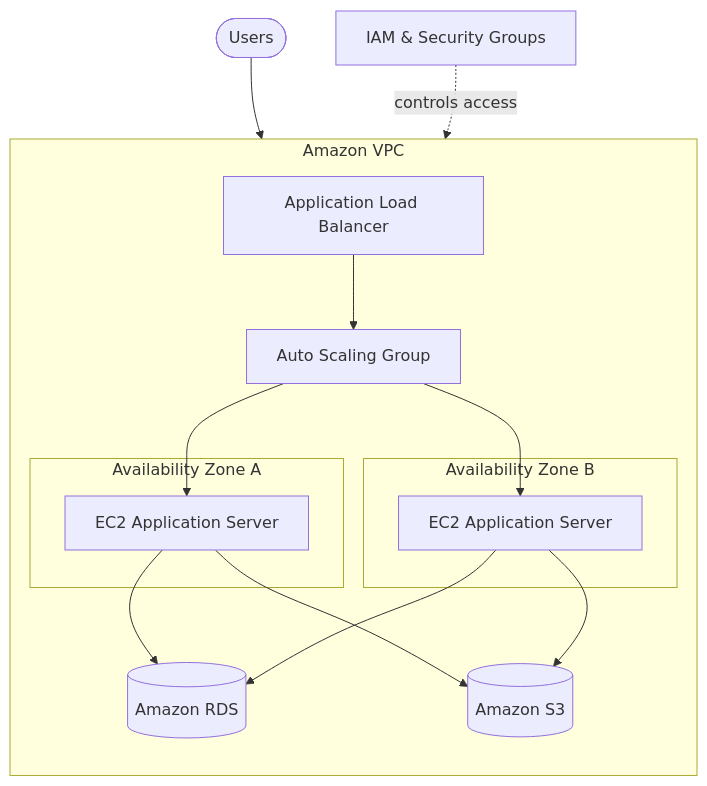
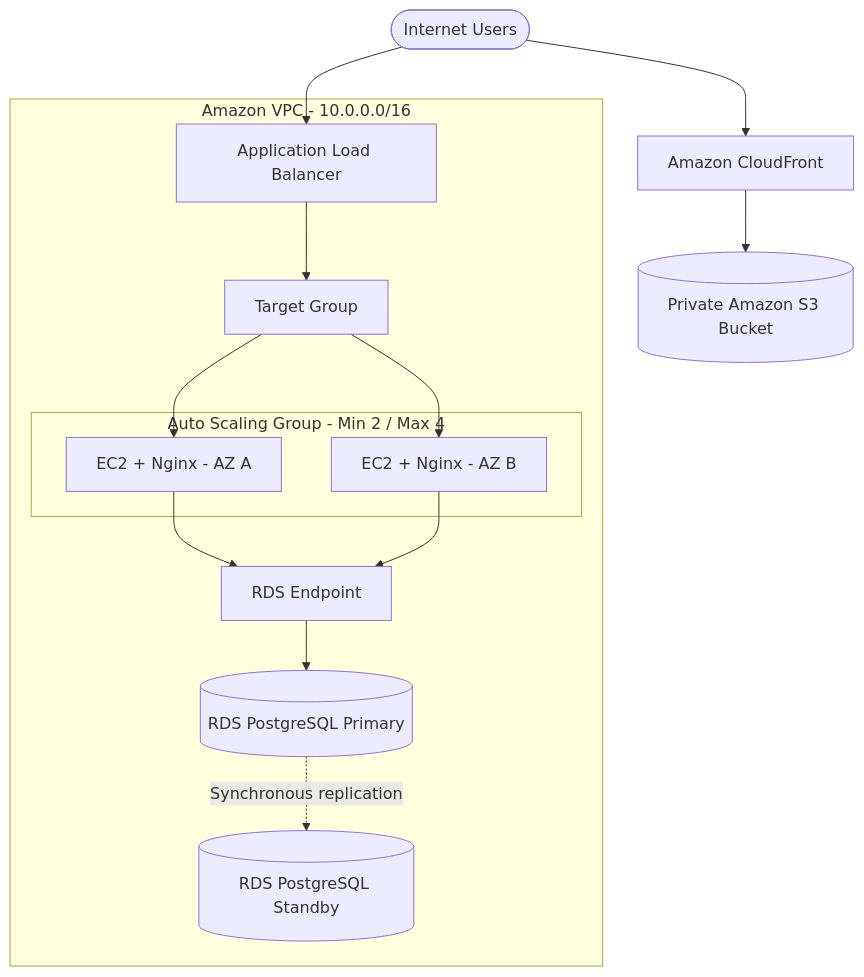
One commit to Agu-nwa/Agu-nwa changed the first of 3 diagrams in README.md. Above: the diagram before and after it, drawn with Mermaid. The commit also changed other lines of this file and 2 other files, not shown here.

Commit message:
Align portfolio with current HA architecture

````diff
--- a/README.md
+++ b/README.md
@@ -30,21 +30,19 @@
 ```mermaid
 flowchart TB
-    Users([Users]) --> ALB[Application Load Balancer]
-    subgraph VPC[Amazon VPC]
-        direction TB
-        ALB --> ASG[Auto Scaling Group]
-        subgraph AZA[Availability Zone A]
-            EC2A[EC2 Application Server]
+    Users([Internet Users]) --> ALB[Application Load Balancer]
+    Users --> CF[Amazon CloudFront]
+    CF --> S3[(Private Amazon S3 Bucket)]
+    subgraph VPC[Amazon VPC - 10.0.0.0/16]
+        ALB --> TG[Target Group]
+        subgraph ASG[Auto Scaling Group - Min 2 / Max 4]
+            EC2A[EC2 + Nginx - AZ A]
+            EC2B[EC2 + Nginx - AZ B]
         end
-        subgraph AZB[Availability Zone B]
-            EC2B[EC2 Application Server]
-        end
-        ASG --> EC2A
-        ASG --> EC2B
-        EC2A --> RDS[(Amazon RDS)]
-        EC2B --> RDS
-        EC2A --> S3[(Amazon S3)]
-        EC2B --> S3
+        TG --> EC2A
+        TG --> EC2B
+        EC2A --> Endpoint[RDS Endpoint]
+        EC2B --> Endpoint
+        Endpoint --> Primary[(RDS PostgreSQL Primary)]
+        Primary -. Synchronous replication .-> Standby[(RDS PostgreSQL Standby)]
     end
-    IAM[IAM & Security Groups] -. controls access .-> VPC
 ```
````
